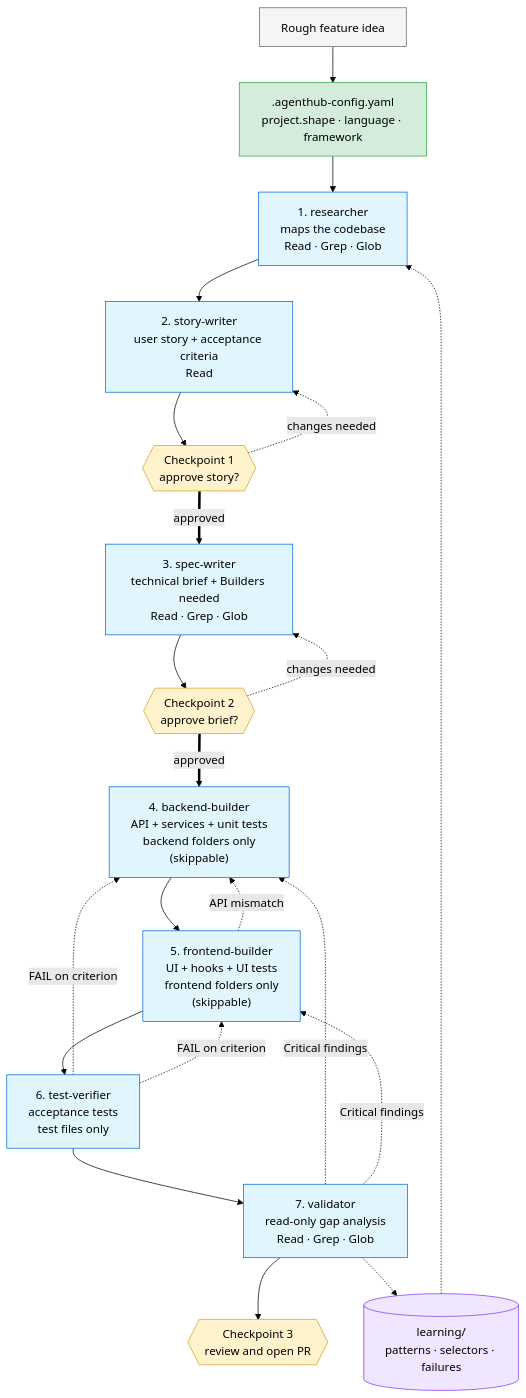
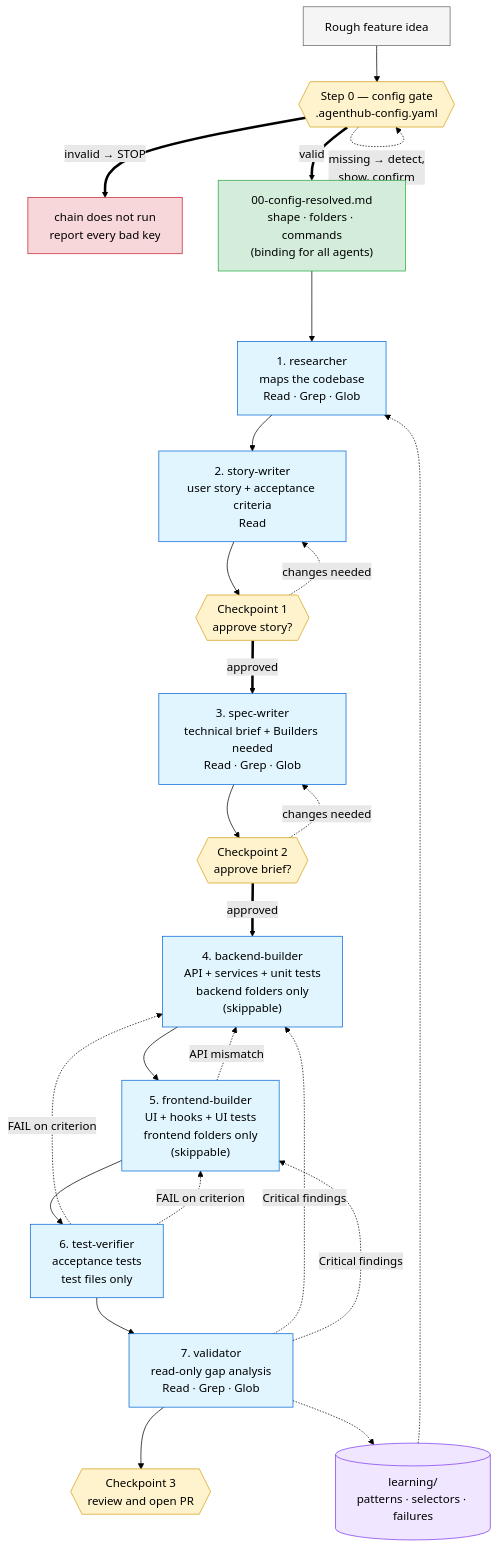
Before and after one commit to kpassoubady/agent-hub: the diagram in diagrams/01-factory-chain.md, drawn with Mermaid (forest theme). The commit also changed other lines of this file and 39 other files, not shown here.

````diff
--- a/diagrams/01-factory-chain.md
+++ b/diagrams/01-factory-chain.md
@@ -9,41 +11,45 @@
 ```mermaid
 flowchart TD
-    Config[".agenthub-config.yaml<br/>project.shape · language · framework"]
     Idea[Rough feature idea]
-    Idea --> Config
-    Config --> R[1. researcher<br/>maps the codebase<br/>Read · Grep · Glob]
+    Idea --> G0{{"Step 0 — config gate<br/>.agenthub-config.yaml"}}
+    G0 -.->|"missing → detect,<br/>show, confirm"| G0
+    G0 ==>|"invalid → STOP"| Halt["chain does not run<br/>report every bad key"]
+    G0 ==>|valid| Resolved["00-config-resolved.md<br/>shape · folders · commands<br/>(binding for all agents)"]
+    Resolved --> R[1. researcher<br/>maps the codebase<br/>Read · Grep · Glob]
     R --> SW[2. story-writer<br/>user story + acceptance criteria<br/>Read]
     SW --> CP1{{Checkpoint 1<br/>approve story?}}
     CP1 -.->|changes needed| SW
     CP1 ==>|approved| SP[3. spec-writer<br/>technical brief + Builders needed<br/>Read · Grep · Glob]
     SP --> CP2{{Checkpoint 2<br/>approve brief?}}
     CP2 -.->|changes needed| SP
     CP2 ==>|approved| BE["4. backend-builder<br/>API + services + unit tests<br/>backend folders only<br/>(skippable)"]
     BE --> FE["5. frontend-builder<br/>UI + hooks + UI tests<br/>frontend folders only<br/>(skippable)"]
     FE --> TV[6. test-verifier<br/>acceptance tests<br/>test files only]
     TV --> V[7. validator<br/>read-only gap analysis<br/>Read · Grep · Glob]
     V --> CP3{{Checkpoint 3<br/>review and open PR}}
 
     TV -.->|FAIL on criterion| BE
     TV -.->|FAIL on criterion| FE
     V -.->|Critical findings| BE
     V -.->|Critical findings| FE
     FE -.->|API mismatch| BE
 
     Learn[("learning/<br/>patterns · selectors · failures")] -.-> R
     V -.-> Learn
 
-    style Config fill:#d4edda,stroke:#28a745,color:#000
+    style G0 fill:#fff3cd,stroke:#d4a017,color:#000
+    style Halt fill:#f8d7da,stroke:#c82333,color:#000
+    style Resolved fill:#d4edda,stroke:#28a745,color:#000
     style Idea fill:#f5f5f5,stroke:#666,color:#000
     style R fill:#e1f5ff,stroke:#0366d6,color:#000
     style SW fill:#e1f5ff,stroke:#0366d6,color:#000
     style SP fill:#e1f5ff,stroke:#0366d6,color:#000
     style BE fill:#e1f5ff,stroke:#0366d6,color:#000
     style FE fill:#e1f5ff,stroke:#0366d6,color:#000
     style TV fill:#e1f5ff,stroke:#0366d6,color:#000
     style V fill:#e1f5ff,stroke:#0366d6,color:#000
     style CP1 fill:#fff3cd,stroke:#d4a017,color:#000
     style CP2 fill:#fff3cd,stroke:#d4a017,color:#000
     style CP3 fill:#fff3cd,stroke:#d4a017,color:#000
     style Learn fill:#f0e6ff,stroke:#7c3aed,color:#000
 ```
````
